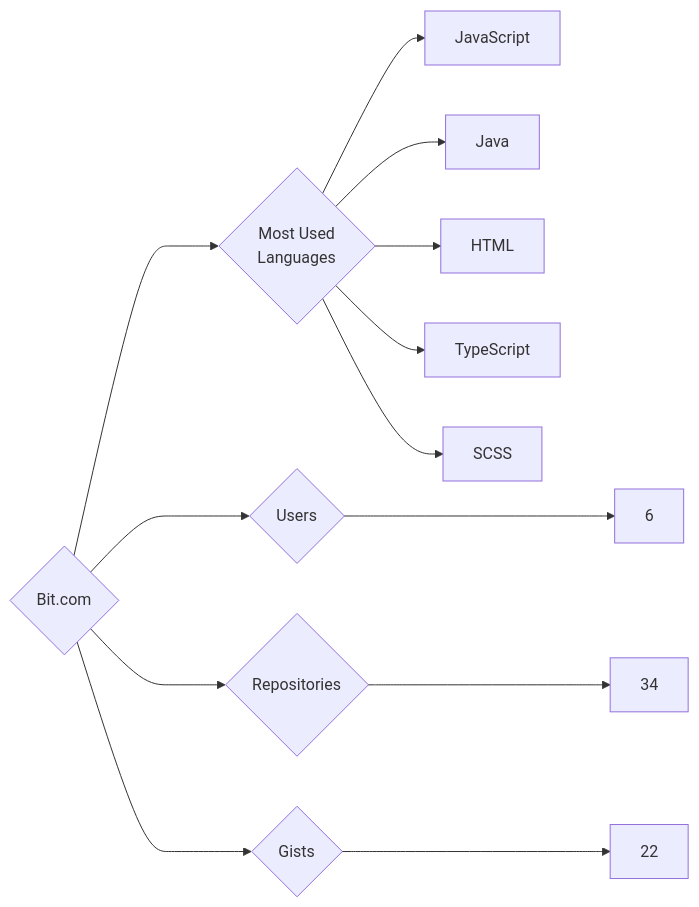
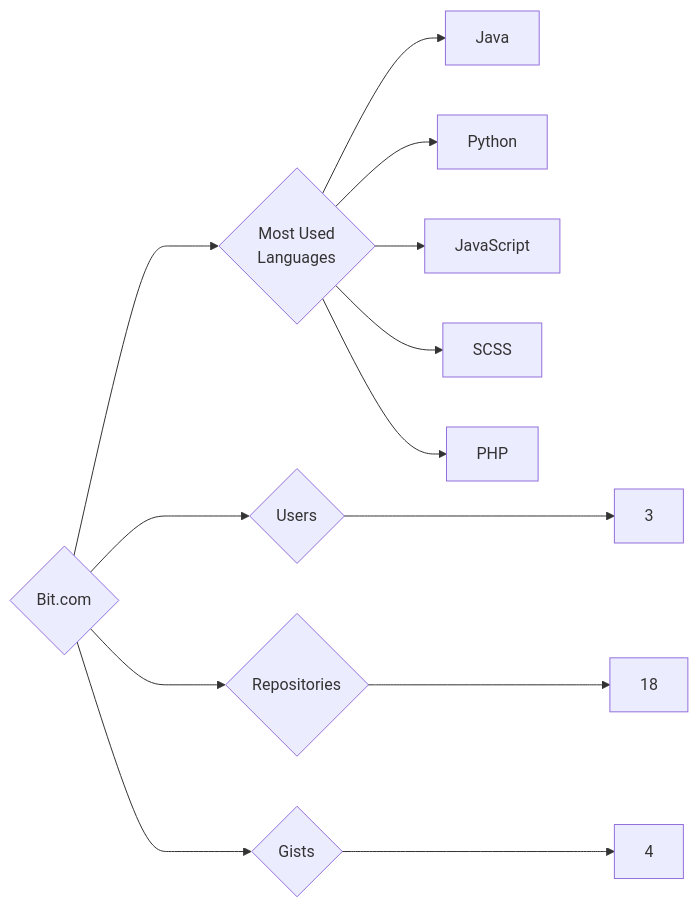
One commit to trickest/insiders changed the diagram in targets/Bit.com/README.md. Above: the diagram before and after it, drawn with Mermaid. The commit also changed 1148 other files, not shown here.

````diff
--- a/targets/Bit.com/README.md
+++ b/targets/Bit.com/README.md
@@ -3,13 +3,13 @@
 ```mermaid
 graph LR
 COMPANY_NAME{Bit.com}
-COMPANY_NAME ---> U{Users} ---> UN[6]
-COMPANY_NAME ---> R{Repositories} ---> RN[34]
-COMPANY_NAME ---> G{Gists} ---> GN[22]
+COMPANY_NAME ---> U{Users} ---> UN[3]
+COMPANY_NAME ---> R{Repositories} ---> RN[18]
+COMPANY_NAME ---> G{Gists} ---> GN[4]
 COMPANY_NAME ---> ML{Most Used<br>Languages}
+ML --> Java[Java]
+ML --> Python[Python]
 ML --> JavaScript[JavaScript]
-ML --> Java[Java]
-ML --> HTML[HTML]
-ML --> TypeScript[TypeScript]
 ML --> SCSS[SCSS]
+ML --> PHP[PHP]
 ```
````
